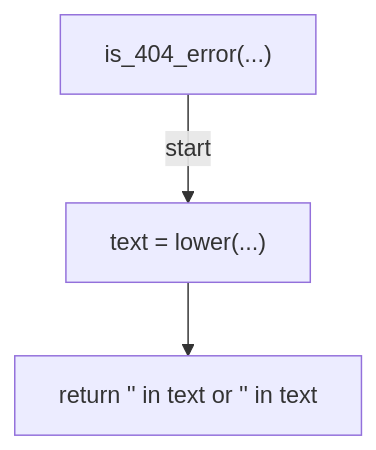
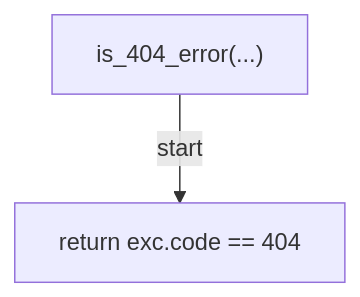
The tenth of 20 diagrams in docs/generated/scripts/ast/scan_retro_followup_drift.md (tvna/claude-md), drawn with Mermaid before and after one commit. The commit also changed other lines of this file and 15 other files, not shown here.

First line of the commit message:
docs(generated): regenerate decision tree and workflow diagrams

````diff
--- a/docs/generated/scripts/ast/scan_retro_followup_drift.md
+++ b/docs/generated/scripts/ast/scan_retro_followup_drift.md
@@ -193,8 +184,6 @@
 ```mermaid
 flowchart TD
     N001["is_404_error(...)"]
-    N002["text = lower(...)"]
-    N003["return '<str>' in text or '<str>' in text"]
+    N002["return exc.code == 404"]
     N001 -->|"start"| N002
-    N002 --> N003
 ```
````
